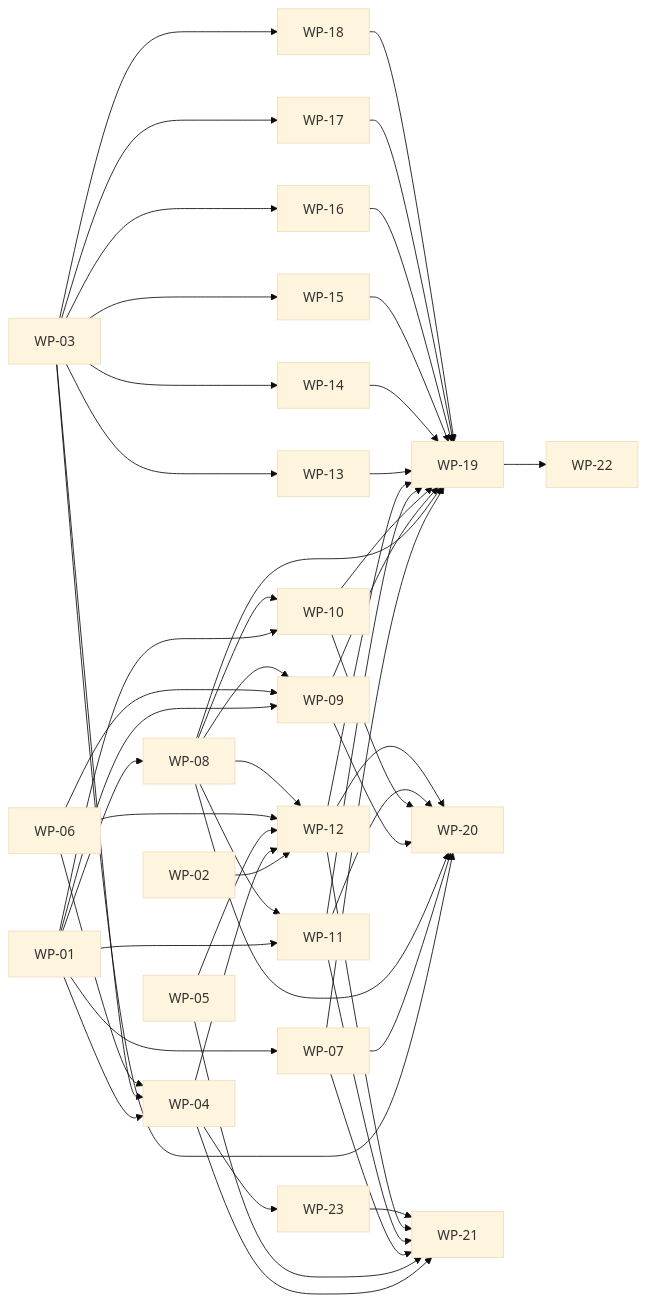
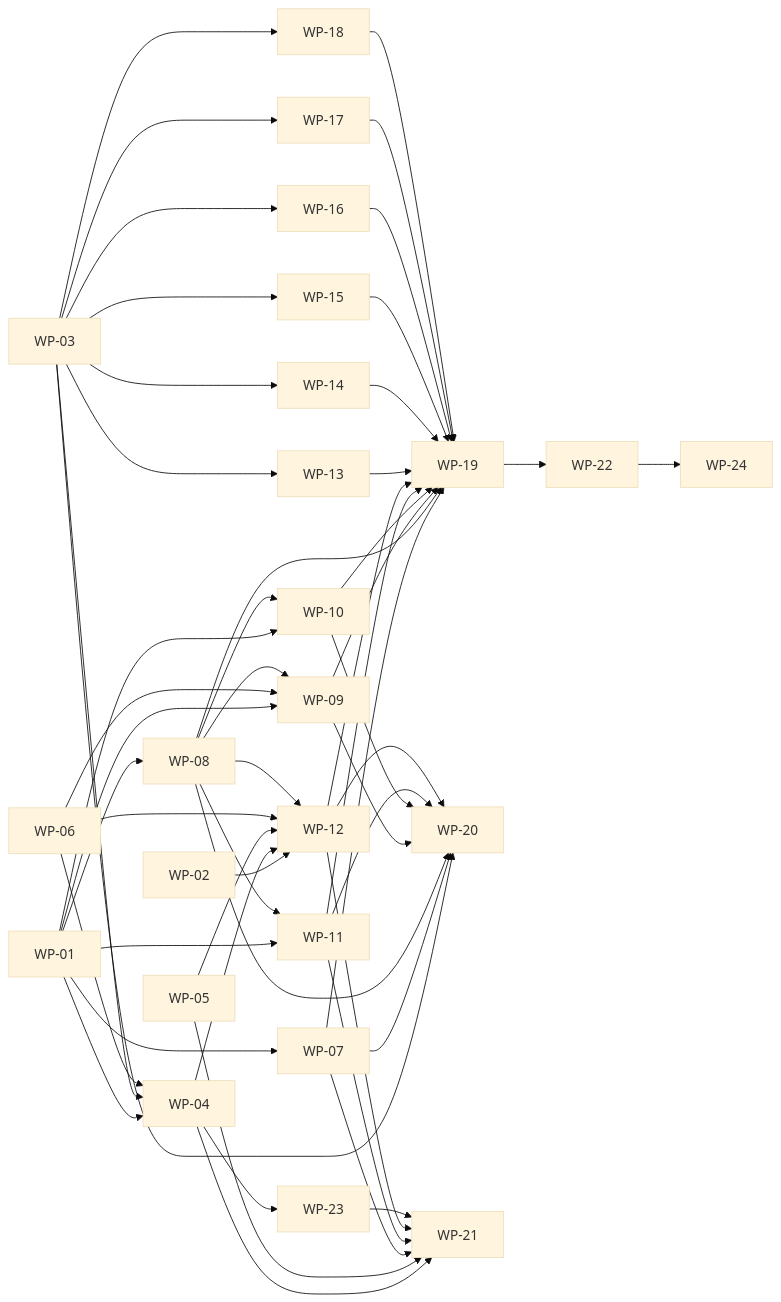
Before and after one commit to Cloud-CITI-AI/KR-Central-2: the diagram in docs/plan/WORK_PACKAGES.md, drawn with Mermaid (base theme). The commit also changed other lines of this file and 3 other files, not shown here.

````diff
--- a/docs/plan/WORK_PACKAGES.md
+++ b/docs/plan/WORK_PACKAGES.md
@@ -35,53 +36,54 @@
 ```mermaid
 flowchart LR
   WP01[WP-01] --> WP07[WP-07]
   WP01[WP-01] --> WP08[WP-08]
   WP01[WP-01] --> WP09[WP-09]
   WP06[WP-06] --> WP09[WP-09]
   WP08[WP-08] --> WP09[WP-09]
   WP03[WP-03] --> WP13[WP-13]
   WP03[WP-03] --> WP14[WP-14]
   WP01[WP-01] --> WP10[WP-10]
   WP08[WP-08] --> WP10[WP-10]
   WP01[WP-01] --> WP11[WP-11]
   WP08[WP-08] --> WP11[WP-11]
   WP03[WP-03] --> WP15[WP-15]
   WP01[WP-01] --> WP04[WP-04]
   WP03[WP-03] --> WP04[WP-04]
   WP06[WP-06] --> WP04[WP-04]
   WP03[WP-03] --> WP16[WP-16]
   WP02[WP-02] --> WP12[WP-12]
   WP04[WP-04] --> WP12[WP-12]
   WP05[WP-05] --> WP12[WP-12]
   WP06[WP-06] --> WP12[WP-12]
   WP08[WP-08] --> WP12[WP-12]
   WP03[WP-03] --> WP17[WP-17]
   WP03[WP-03] --> WP18[WP-18]
   WP07[WP-07] --> WP19[WP-19]
   WP08[WP-08] --> WP19[WP-19]
   WP09[WP-09] --> WP19[WP-19]
   WP10[WP-10] --> WP19[WP-19]
   WP11[WP-11] --> WP19[WP-19]
   WP12[WP-12] --> WP19[WP-19]
   WP13[WP-13] --> WP19[WP-19]
   WP14[WP-14] --> WP19[WP-19]
   WP15[WP-15] --> WP19[WP-19]
   WP16[WP-16] --> WP19[WP-19]
   WP17[WP-17] --> WP19[WP-19]
   WP18[WP-18] --> WP19[WP-19]
   WP03[WP-03] --> WP20[WP-20]
   WP07[WP-07] --> WP20[WP-20]
   WP08[WP-08] --> WP20[WP-20]
   WP09[WP-09] --> WP20[WP-20]
   WP10[WP-10] --> WP20[WP-20]
   WP11[WP-11] --> WP20[WP-20]
   WP12[WP-12] --> WP20[WP-20]
   WP04[WP-04] --> WP23[WP-23]
   WP04[WP-04] --> WP21[WP-21]
   WP05[WP-05] --> WP21[WP-21]
   WP07[WP-07] --> WP21[WP-21]
   WP11[WP-11] --> WP21[WP-21]
   WP12[WP-12] --> WP21[WP-21]
   WP23[WP-23] --> WP21[WP-21]
   WP19[WP-19] --> WP22[WP-22]
+  WP22[WP-22] --> WP24[WP-24]
 ```
````
